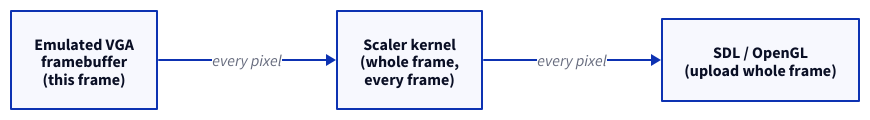
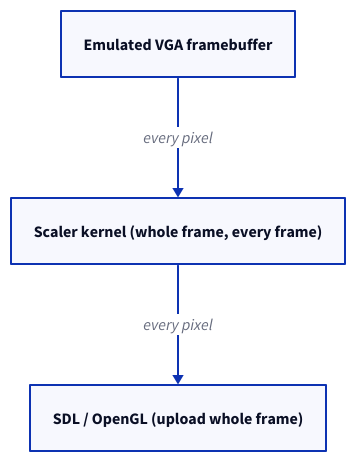
One commit to Kronuz/Kronuz.github.io changed the first of 2 diagrams in src/content/docs/blog/redraw-only-what-changed.md. Above: the diagram before and after it, drawn with D2. The commit also changed other lines of this file and 1 other file, not shown here.

Commit message:
blog: rebalance Opening Boxes D2 diagrams (vertical, ~0.6-0.9 ratio); add Xapiand deep-dive; rework DOSBox benchmark math

````diff
--- a/src/content/docs/blog/redraw-only-what-changed.md
+++ b/src/content/docs/blog/redraw-only-what-changed.md
@@ -32,8 +32,8 @@
 ```d2 alt="The original DOSBox render path: the whole frame is rescaled and uploaded every frame"
-direction: right
-emu: "Emulated VGA\nframebuffer\n(this frame)"
-scaler: "Scaler kernel\n(whole frame,\nevery frame)"
-out: "SDL / OpenGL\n(upload whole frame)"
+direction: down
+emu: "Emulated VGA framebuffer"
+scaler: "Scaler kernel (whole frame, every frame)"
+out: "SDL / OpenGL (upload whole frame)"
 emu -> scaler: "every pixel"
 scaler -> out: "every pixel"
 ```
````
